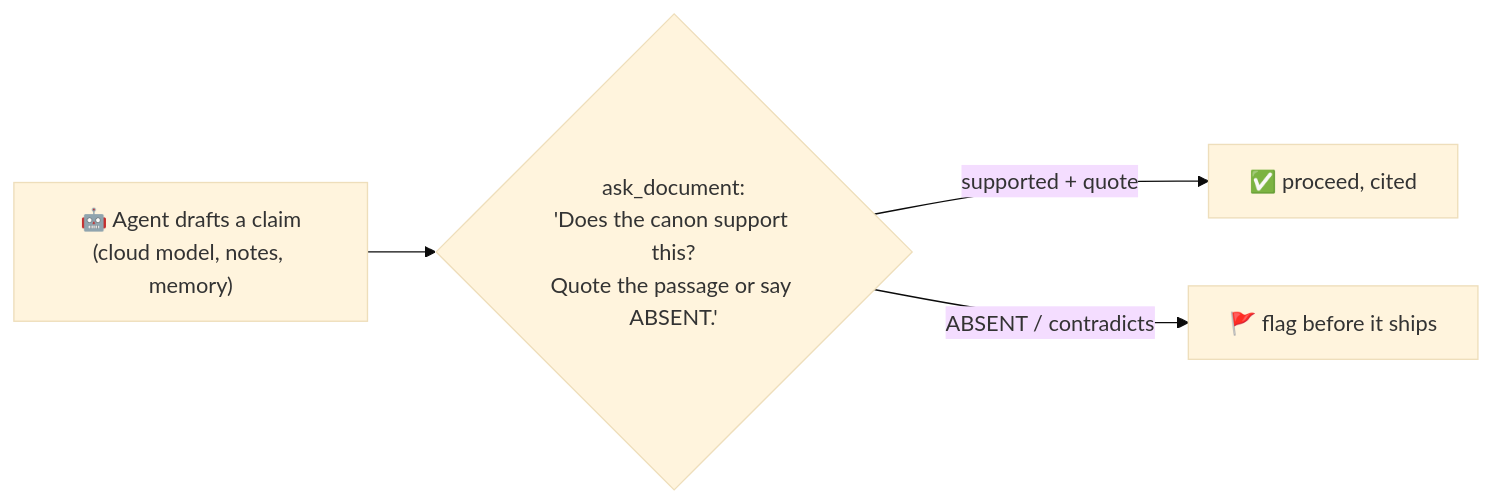
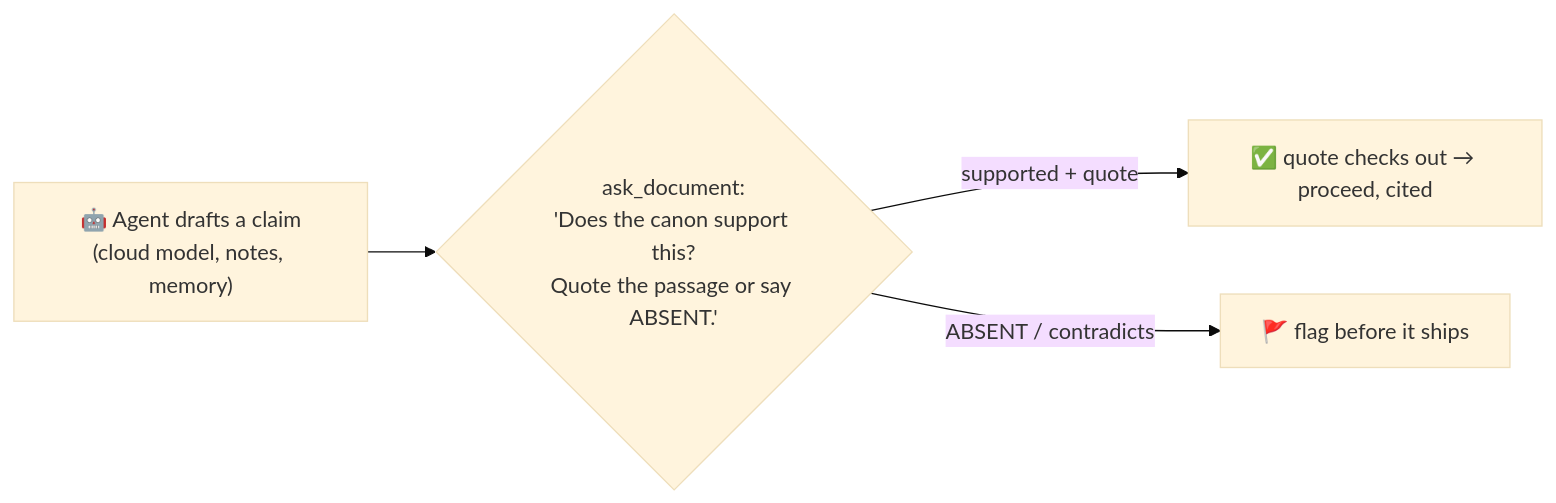
The diagram in README.md (VictorSteinbock/llama-cag-n8n-reworked), drawn with Mermaid (base theme) before and after one commit. The commit also changed other lines of this file and 2 other files, not shown here.

First line of the commit message:
Add roadmap with per-feature implementation plans; make the oracle claim honest

````diff
--- a/README.md
+++ b/README.md
@@ -101,6 +103,6 @@
 ```mermaid
 flowchart LR
     A["🤖 Agent drafts a claim<br/>(cloud model, notes, memory)"] --> V{"ask_document:<br/>'Does the canon support this?<br/>Quote the passage or say ABSENT.'"}
-    V -- "supported + quote" --> OK["✅ proceed, cited"]
+    V -- "supported + quote" --> OK["✅ quote checks out → proceed, cited"]
     V -- "ABSENT / contradicts" --> FLAG["🚩 flag before it ships"]
 ```
````
